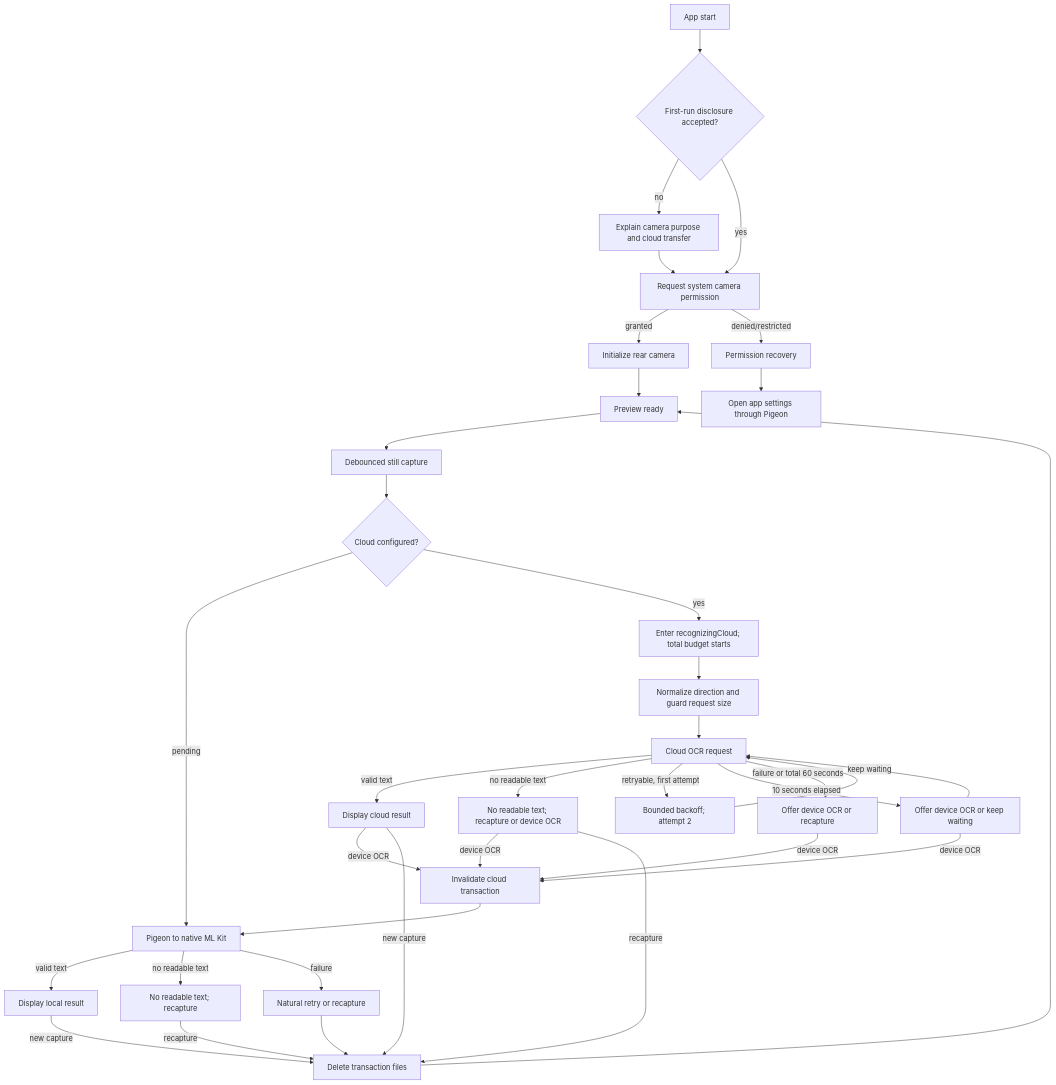
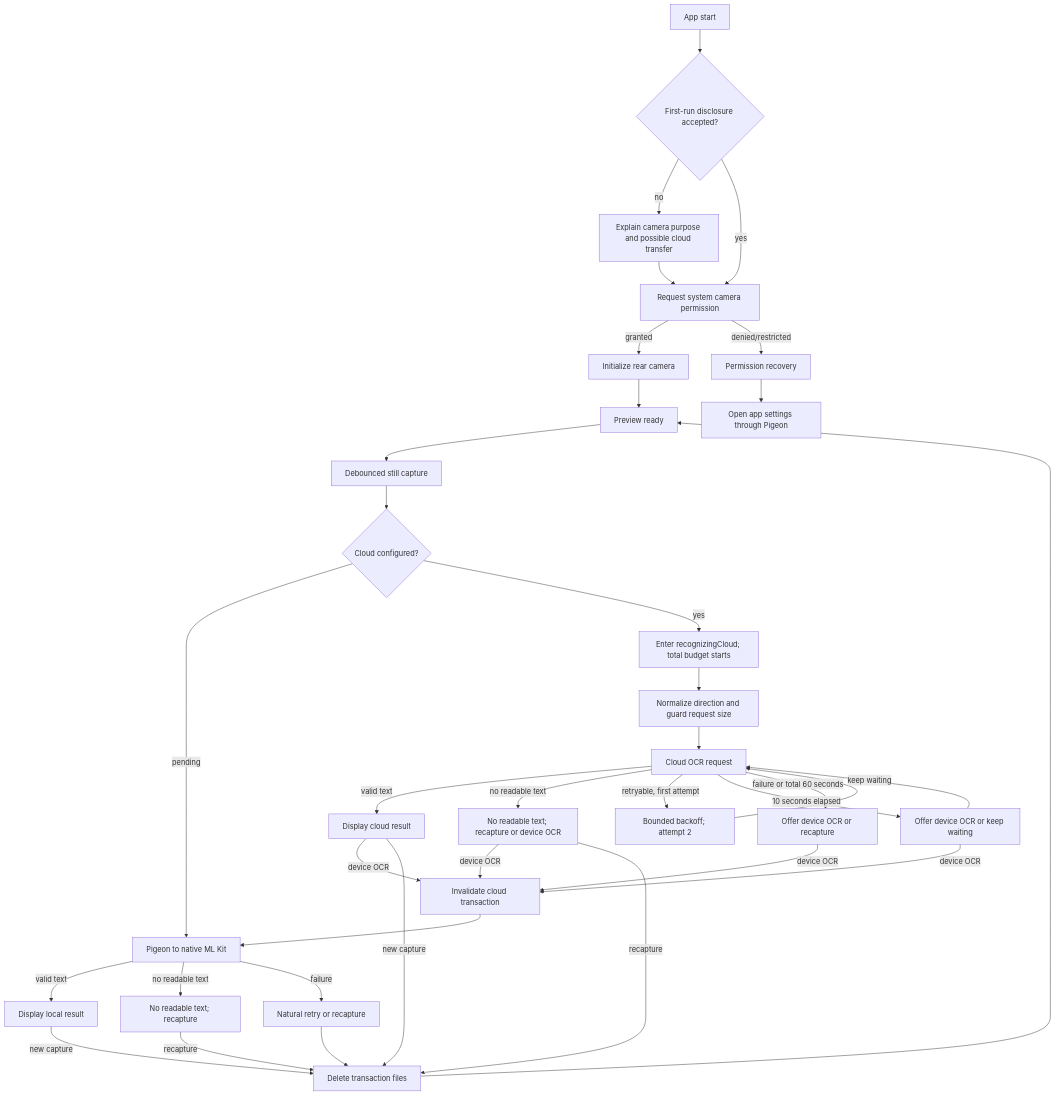
The diagram in docs/superpowers/specs/2026-09-28-altinus-camera-ocr-design.md (BongJaeChoi/altinus-ocr-assignment), drawn with Mermaid before and after one commit. The commit also changed other lines of this file, not shown here.

````diff
--- a/docs/superpowers/specs/2026-09-28-altinus-camera-ocr-design.md
+++ b/docs/superpowers/specs/2026-09-28-altinus-camera-ocr-design.md
@@ -104,38 +104,38 @@
 ```mermaid
 flowchart TD
     START[App start] --> DISCLOSE{First-run disclosure accepted?}
-    DISCLOSE -- no --> INFO[Explain camera purpose and cloud transfer]
+    DISCLOSE -- no --> INFO[Explain camera purpose and possible cloud transfer]
     INFO --> PERMISSION[Request system camera permission]
     DISCLOSE -- yes --> PERMISSION
     PERMISSION -- granted --> INIT[Initialize rear camera]
     PERMISSION -- denied/restricted --> DENIED[Permission recovery]
     DENIED --> SETTINGS[Open app settings through Pigeon]
     INIT --> PREVIEW[Preview ready]
     PREVIEW --> CAPTURE[Debounced still capture]
     CAPTURE --> MODE{Cloud configured?}
     MODE -->|pending| LOCAL
     MODE -->|yes| CLOUD_START[Enter recognizingCloud; total budget starts]
     CLOUD_START --> PREPARE[Normalize direction and guard request size]
     PREPARE --> CLOUD[Cloud OCR request]
     CLOUD -->|valid text| CLOUD_RESULT[Display cloud result]
     CLOUD -->|no readable text| CLOUD_EMPTY[No readable text; recapture or device OCR]
     CLOUD -->|retryable, first attempt| RETRY[Bounded backoff; attempt 2]
     RETRY --> CLOUD
     CLOUD -->|10 seconds elapsed| SLOW[Offer device OCR or keep waiting]
     SLOW -->|keep waiting| CLOUD
     SLOW -->|device OCR| INVALIDATE[Invalidate cloud transaction]
     CLOUD -->|failure or total 60 seconds| FALLBACK[Offer device OCR or recapture]
     FALLBACK -->|device OCR| INVALIDATE
     INVALIDATE --> LOCAL[Pigeon to native ML Kit]
     LOCAL -->|valid text| LOCAL_RESULT[Display local result]
     LOCAL -->|no readable text| LOCAL_EMPTY[No readable text; recapture]
     LOCAL -->|failure| RECOVER[Natural retry or recapture]
     CLOUD_RESULT -->|device OCR| INVALIDATE
     CLOUD_RESULT -->|new capture| CLEANUP[Delete transaction files]
     LOCAL_RESULT -->|new capture| CLEANUP
     CLOUD_EMPTY -->|device OCR| INVALIDATE
     CLOUD_EMPTY -->|recapture| CLEANUP
     LOCAL_EMPTY -->|recapture| CLEANUP
     RECOVER --> CLEANUP
     CLEANUP --> PREVIEW
 ```
````
